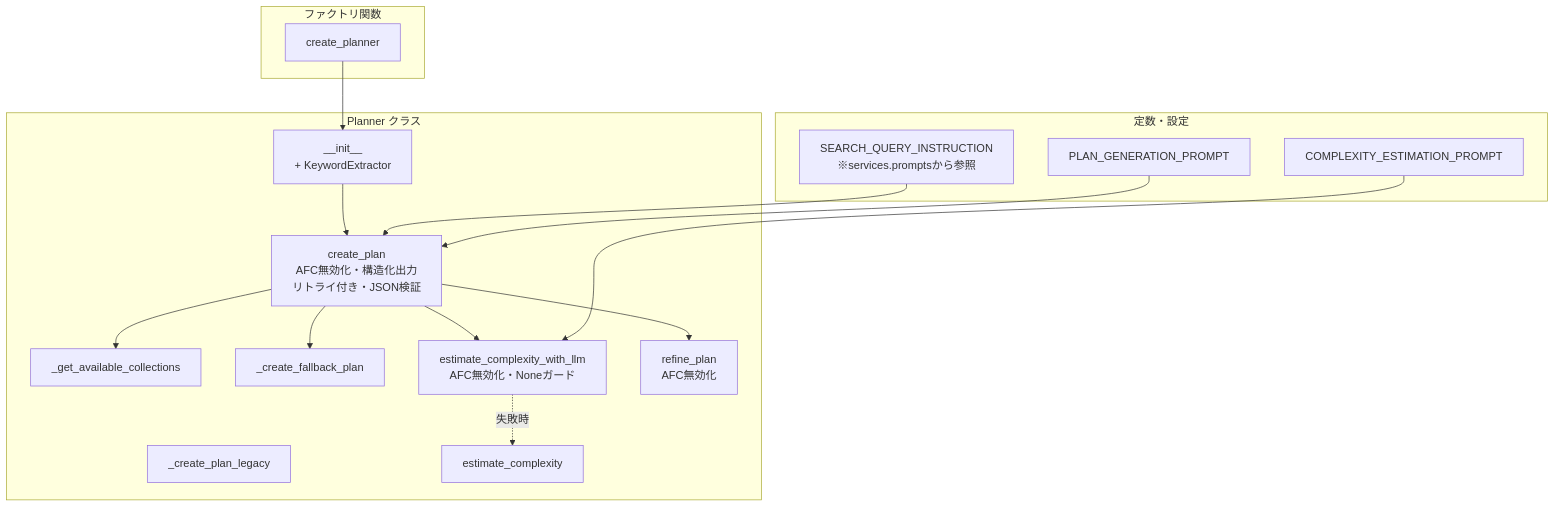
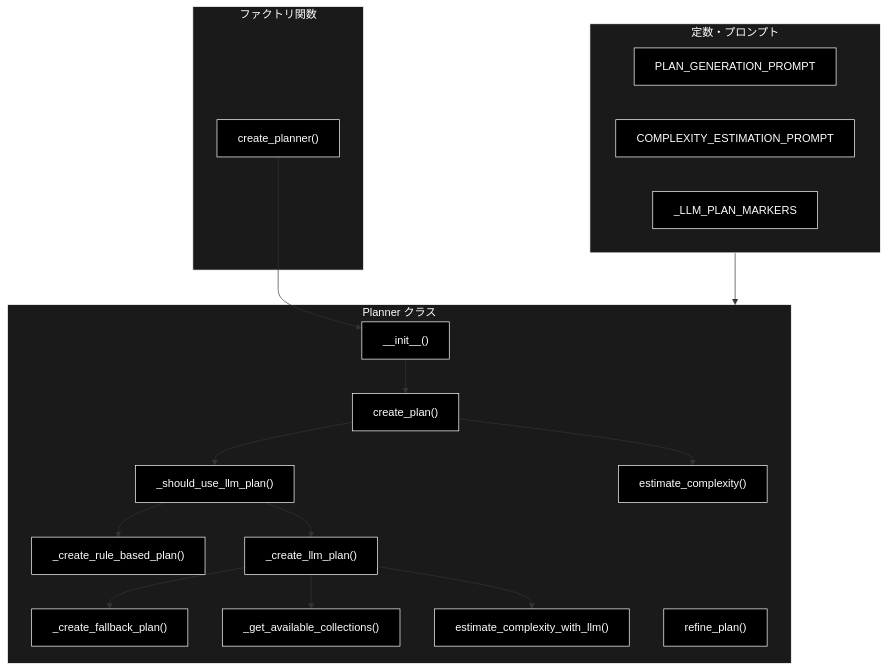
The second of 3 diagrams in grace/doc/planner.md (nakashima2toshio/anthropic_grace_agent_v2), drawn with Mermaid before and after one commit. The commit also changed other lines of this file and 9 other files, not shown here.

````diff
--- a/grace/doc/planner.md
+++ b/grace/doc/planner.md
@@ -127,34 +123,42 @@
 ```mermaid
 flowchart TB
-    subgraph CONST["定数・設定"]
+    subgraph CONST["定数・プロンプト"]
         PROMPT["PLAN_GENERATION_PROMPT"]
-        COMPLEXITY_P["COMPLEXITY_ESTIMATION_PROMPT"]
-        SEARCH_INST["SEARCH_QUERY_INSTRUCTION<br/>※services.promptsから参照"]
+        CPROMPT["COMPLEXITY_ESTIMATION_PROMPT"]
+        MARKERS["_LLM_PLAN_MARKERS"]
     end
 
-    subgraph PLANNER_CLS["Planner クラス"]
-        INIT["__init__<br/>+ KeywordExtractor"]
-        CREATE["create_plan<br/>AFC無効化・構造化出力<br/>リトライ付き・JSON検証"]
-        LEGACY["_create_plan_legacy"]
-        GET_COLL["_get_available_collections"]
-        FALLBACK["_create_fallback_plan"]
-        EST["estimate_complexity"]
-        EST_LLM["estimate_complexity_with_llm<br/>AFC無効化・Noneガード"]
-        REFINE["refine_plan<br/>AFC無効化"]
+    subgraph PLANNER["Planner クラス"]
+        INIT["__init__()"]
+        CREATE["create_plan()"]
+        SHOULD["_should_use_llm_plan()"]
+        RULE["_create_rule_based_plan()"]
+        LLMPLAN["_create_llm_plan()"]
+        FALLBACK["_create_fallback_plan()"]
+        GETCOLL["_get_available_collections()"]
+        EST["estimate_complexity()"]
+        ESTLLM["estimate_complexity_with_llm()"]
+        REFINE["refine_plan()"]
     end
 
-    subgraph FACTORY_GRP["ファクトリ関数"]
-        CREATE_P["create_planner"]
+    subgraph FACTORY["ファクトリ関数"]
+        CREATEP["create_planner()"]
     end
 
-    PROMPT --> CREATE
-    COMPLEXITY_P --> EST_LLM
-    SEARCH_INST --> CREATE
-    CREATE_P --> INIT
+    CONST --> PLANNER
+    CREATEP --> INIT
     INIT --> CREATE
-    CREATE --> EST_LLM
-    CREATE --> GET_COLL
-    CREATE --> FALLBACK
-    EST_LLM -.-> |"失敗時"| EST
-    CREATE --> REFINE
+    CREATE --> EST
+    CREATE --> SHOULD
+    SHOULD --> RULE
+    SHOULD --> LLMPLAN
+    LLMPLAN --> ESTLLM
+    LLMPLAN --> GETCOLL
+    LLMPLAN --> FALLBACK
+classDef default fill:#000,stroke:#fff,color:#fff
+classDef subgraphStyle fill:#1a1a1a,stroke:#fff,color:#fff
+class PROMPT,CPROMPT,MARKERS,INIT,CREATE,SHOULD,RULE,LLMPLAN,FALLBACK,GETCOLL,EST,ESTLLM,REFINE,CREATEP default
+style CONST fill:#1a1a1a,stroke:#fff,color:#fff
+style PLANNER fill:#1a1a1a,stroke:#fff,color:#fff
+style FACTORY fill:#1a1a1a,stroke:#fff,color:#fff
 ```
````
